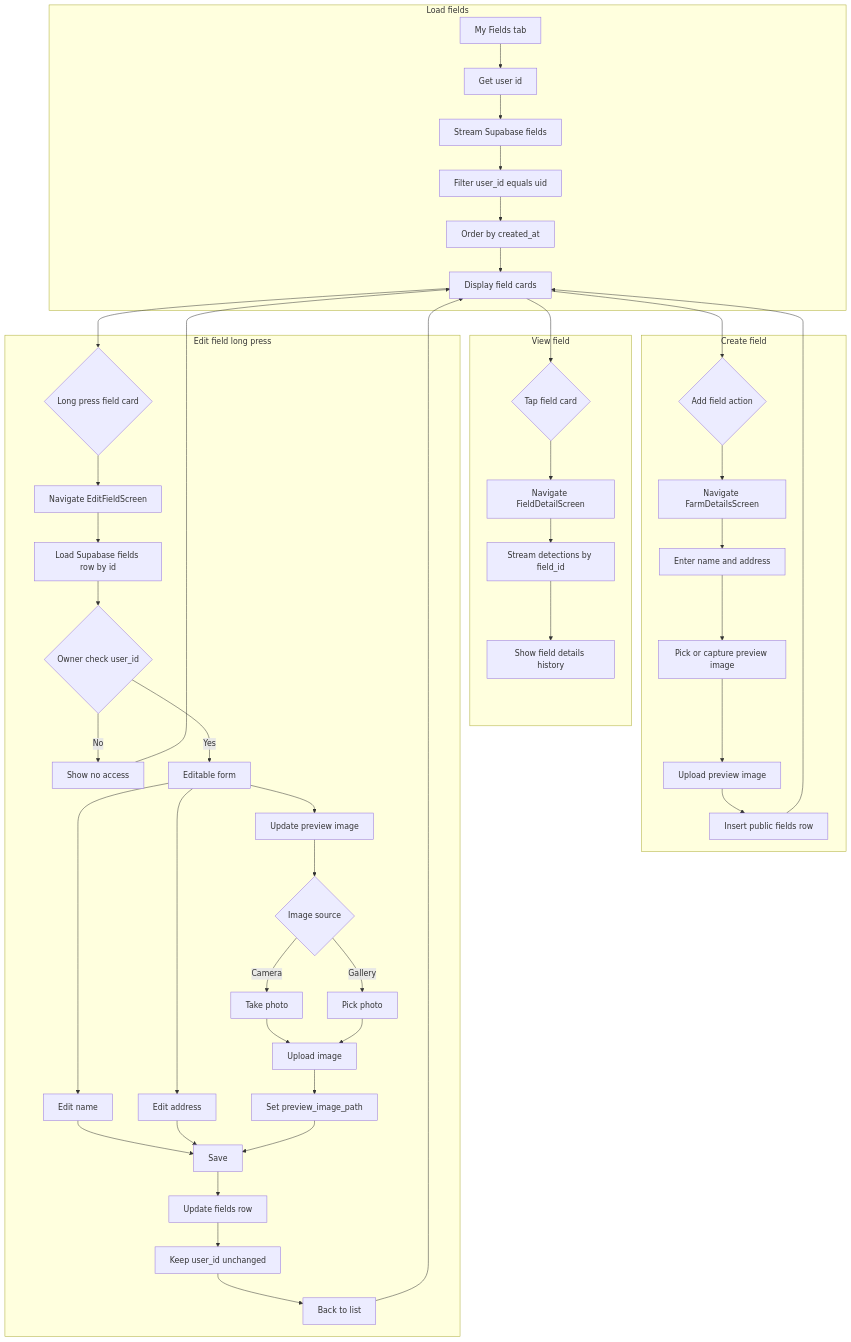
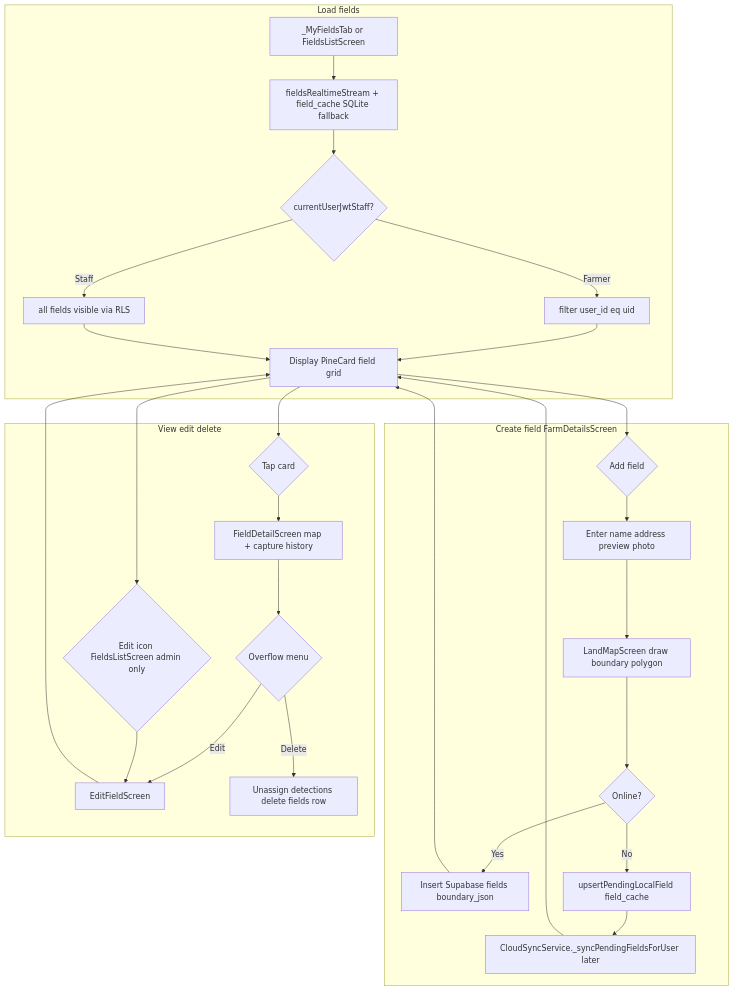
Before and after one commit to janrafael29/PINE: the diagram in docs/diagrams/field_management_flow.mmd, drawn with Mermaid. The commit also changed 117 other files, not shown here.

First line of the commit message:
Add staff middleware workflows, reviewed export, and admin web updates.

```diff
--- a/docs/diagrams/field_management_flow.mmd
+++ b/docs/diagrams/field_management_flow.mmd
@@ -1,51 +1,32 @@
 flowchart TD
     subgraph LOAD[Load fields]
-        A[My Fields tab] --> B[Get user id]
-        B --> C[Stream Supabase fields]
-        C --> D[Filter user_id equals uid]
-        D --> E[Order by created_at]
-        E --> F[Display field cards]
+        A[_MyFieldsTab or FieldsListScreen] --> B[fieldsRealtimeStream + field_cache SQLite fallback]
+        B --> C{currentUserJwtStaff?}
+        C -->|Farmer| D[filter user_id eq uid]
+        C -->|Staff| E[all fields visible via RLS]
+        D --> F[Display PineCard field grid]
+        E --> F
     end
 
-    subgraph CREATE[Create field]
-        F --> G{Add field action}
-        G --> H[Navigate FarmDetailsScreen]
-        H --> I[Enter name and address]
-        I --> J[Pick or capture preview image]
-        J --> K[Upload preview image]
-        K --> L[Insert public fields row]
-        L --> F
+    subgraph CREATE[Create field FarmDetailsScreen]
+        F --> G{Add field}
+        G --> H[Enter name address preview photo]
+        H --> I[LandMapScreen draw boundary polygon]
+        I --> J{Online?}
+        J -->|Yes| K[Insert Supabase fields boundary_json]
+        J -->|No| L[upsertPendingLocalField field_cache]
+        L --> M[CloudSyncService._syncPendingFieldsForUser later]
+        K --> F
+        M --> F
     end
 
-    subgraph VIEW[View field]
-        F --> M{Tap field card}
-        M --> N[Navigate FieldDetailScreen]
-        N --> O[Stream detections by field_id]
-        O --> P[Show field details history]
+    subgraph VIEW[View edit delete]
+        F --> N{Tap card}
+        N --> O[FieldDetailScreen map + capture history]
+        O --> P{Overflow menu}
+        P -->|Edit| Q[EditFieldScreen]
+        P -->|Delete| R[Unassign detections delete fields row]
+        F --> S{Edit icon FieldsListScreen admin only}
+        S --> Q
+        Q --> F
     end
-
-    subgraph EDIT[Edit field long press]
-        F --> Q{Long press field card}
-        Q --> R[Navigate EditFieldScreen]
-        R --> S[Load Supabase fields row by id]
-        S --> T{Owner check user_id}
-        T -->|No| U[Show no access]
-        U --> F
-        T -->|Yes| V[Editable form]
-        V --> W[Edit name]
-        V --> X[Edit address]
-        V --> Y[Update preview image]
-        Y --> Z{Image source}
-        Z -->|Camera| AA[Take photo]
-        Z -->|Gallery| AB[Pick photo]
-        AA --> AC[Upload image]
-        AB --> AC
-        AC --> AD[Set preview_image_path]
-        W --> AE[Save]
-        X --> AE
-        AD --> AE
-        AE --> AF[Update fields row]
-        AF --> AG[Keep user_id unchanged]
-        AG --> AH[Back to list]
-        AH --> F
-    end
```
